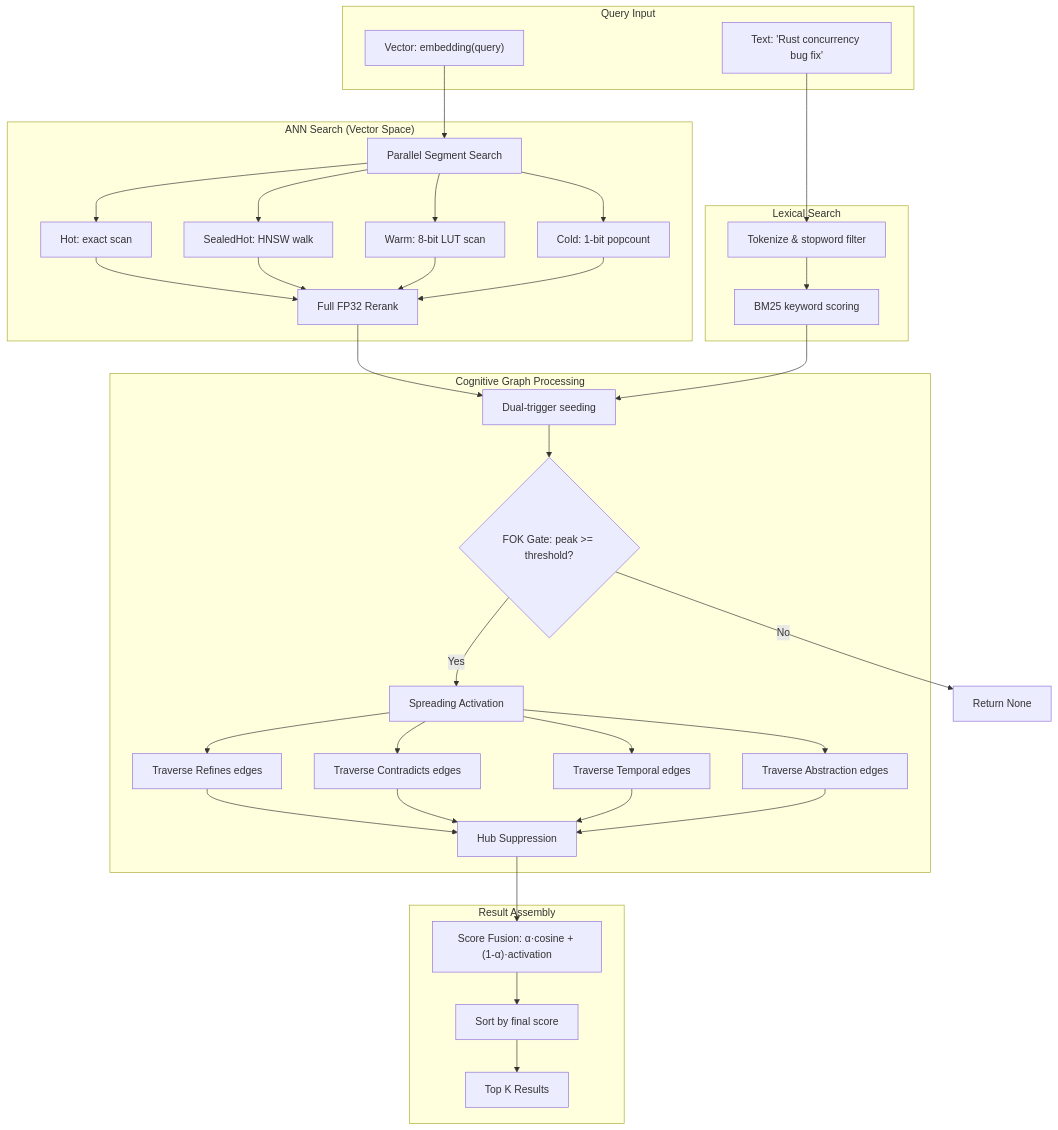
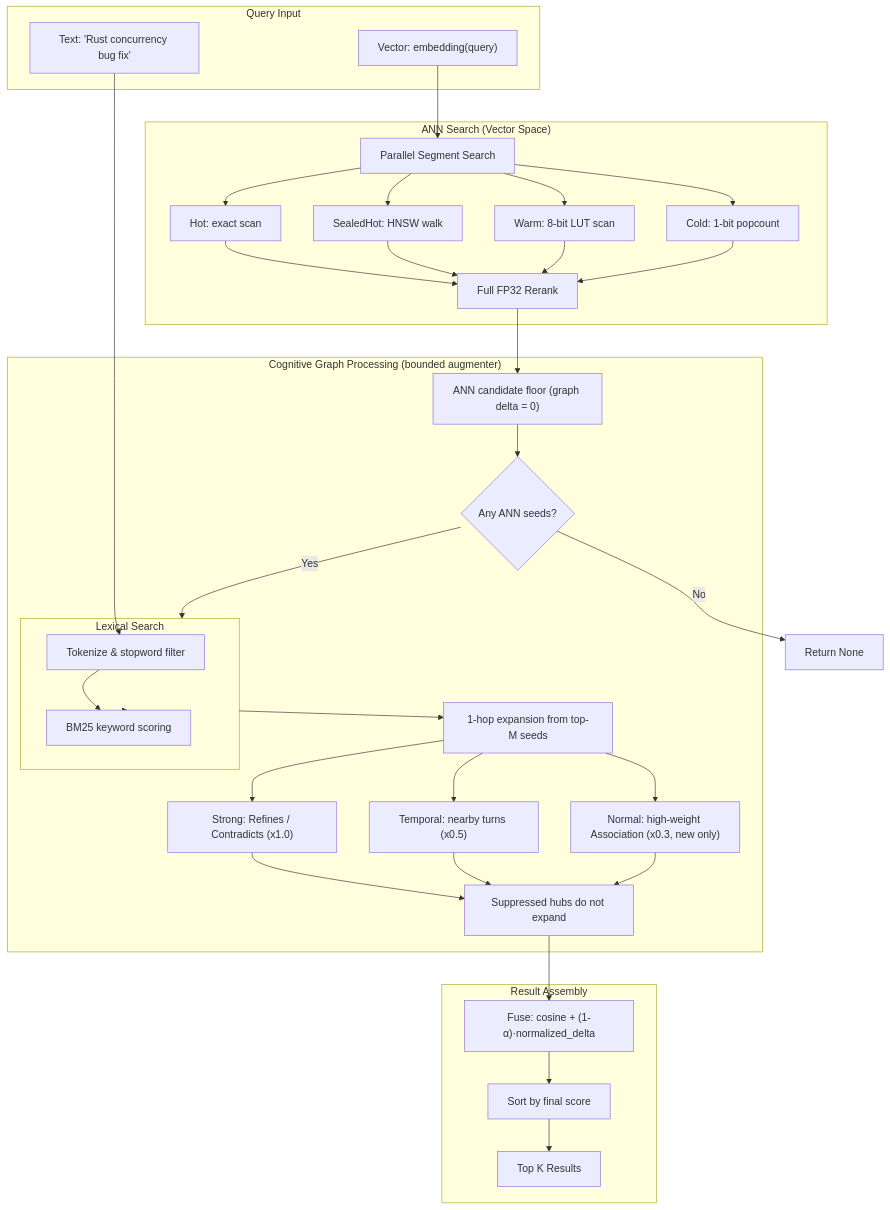
One commit to jatin711-debug/TurboSupermemory changed the third of 4 diagrams in docs/cognitive_graph.md. Above: the diagram before and after it, drawn with Mermaid. The commit also changed other lines of this file and 18 other files, not shown here.

````diff
--- a/docs/cognitive_graph.md
+++ b/docs/cognitive_graph.md
@@ -172,66 +171,65 @@
 ```mermaid
 flowchart TD
     subgraph Input["Query Input"]
         QueryText["Text: 'Rust concurrency bug fix'"]
         QueryVec["Vector: embedding(query)"]
     end
     
     subgraph ANN_Search["ANN Search (Vector Space)"]
         Parallel["Parallel Segment Search"]
         Hot["Hot: exact scan"]
         Sealed["SealedHot: HNSW walk"]
         Warm["Warm: 8-bit LUT scan"]
         Cold["Cold: 1-bit popcount"]
         Rerank["Full FP32 Rerank"]
     end
     
     subgraph Lexical["Lexical Search"]
         BM25["BM25 keyword scoring"]
         Tokenize["Tokenize & stopword filter"]
     end
     
-    subgraph Graph["Cognitive Graph Processing"]
-        Seed["Dual-trigger seeding"]
-        FOK{"FOK Gate: peak >= threshold?"}
-        Spread["Spreading Activation"]
-        Refine["Traverse Refines edges"]
-        Contradict["Traverse Contradicts edges"]
-        Temporal["Traverse Temporal edges"]
-        Abstract["Traverse Abstraction edges"]
-        HubSuppress["Hub Suppression"]
+    subgraph Graph["Cognitive Graph Processing (bounded augmenter)"]
+        Floor["ANN candidate floor (graph delta = 0)"]
+        Empty{"Any ANN seeds?"}
+        Lexical["+ BM25 lexical boost into delta"]
+        Expand["1-hop expansion from top-M seeds"]
+        Strong["Strong: Refines / Contradicts (x1.0)"]
+        Temporal["Temporal: nearby turns (x0.5)"]
+        Normal["Normal: high-weight Association (x0.3, new only)"]
+        HubSuppress["Suppressed hubs do not expand"]
     end
-    
+
     subgraph Output["Result Assembly"]
-        Fusion["Score Fusion: α·cosine + (1-α)·activation"]
+        Fusion["Fuse: cosine + (1-α)·normalized_delta"]
         Sort["Sort by final score"]
         Results["Top K Results"]
     end
-    
+
     QueryText --> Tokenize
     QueryVec --> Parallel
     Tokenize --> BM25
     Parallel --> Hot
     Parallel --> Sealed
     Parallel --> Warm
     Parallel --> Cold
     Hot --> Rerank
     Sealed --> Rerank
     Warm --> Rerank
     Cold --> Rerank
-    Rerank --> Seed
-    BM25 --> Seed
-    Seed --> FOK
-    FOK --"No"--> ReturnNone["Return None"]
-    FOK --"Yes"--> Spread
-    Spread --> Refine
-    Spread --> Contradict
-    Spread --> Temporal
-    Spread --> Abstract
-    Refine --> HubSuppress
-    Contradict --> HubSuppress
+    Rerank --> Floor
+    Floor --> Empty
+    Empty --"No"--> ReturnNone["Return None"]
+    Empty --"Yes"--> Lexical
+    BM25 --> Lexical
+    Lexical --> Expand
+    Expand --> Strong
+    Expand --> Temporal
+    Expand --> Normal
+    Strong --> HubSuppress
     Temporal --> HubSuppress
-    Abstract --> HubSuppress
+    Normal --> HubSuppress
     HubSuppress --> Fusion
     Fusion --> Sort
     Sort --> Results
 ```
````
